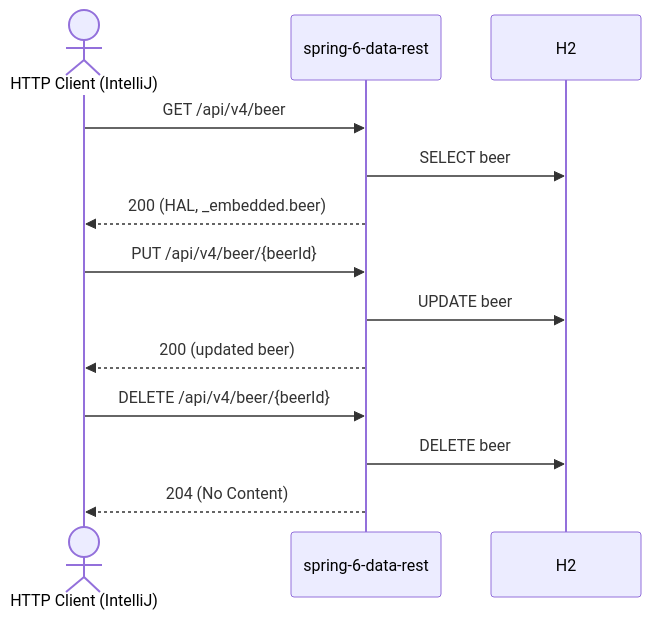
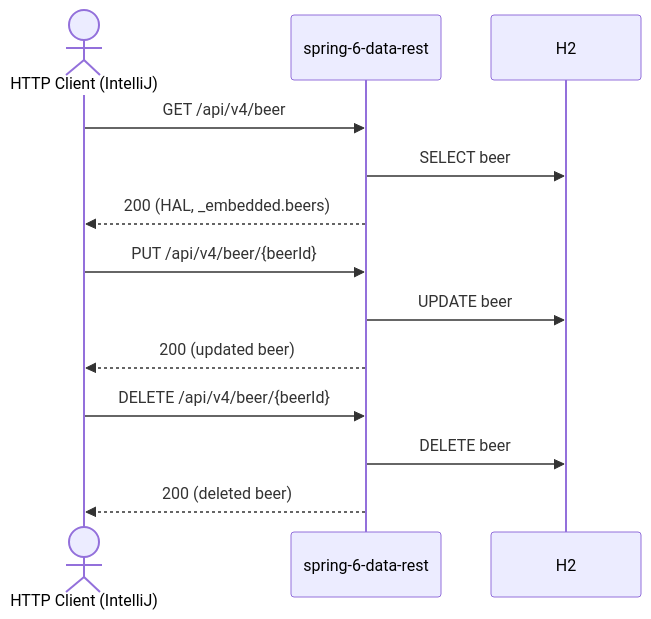
One commit to dboeckli/spring-6-data-rest changed the diagram in restRequest/beer-flow-list-update-delete/beer-flow-list-update-delete.md. Above: the diagram before and after it, drawn with Mermaid. The commit also changed other lines of this file and 34 other files, not shown here.

````diff
--- a/restRequest/beer-flow-list-update-delete/beer-flow-list-update-delete.md
+++ b/restRequest/beer-flow-list-update-delete/beer-flow-list-update-delete.md
@@ -11,18 +11,18 @@
 ```mermaid
 sequenceDiagram
     actor C as HTTP Client (IntelliJ)
     participant API as spring-6-data-rest
     participant DB as H2
 
     C->>API: GET /api/v4/beer
     API->>DB: SELECT beer
-    API-->>C: 200 (HAL, _embedded.beer)
+    API-->>C: 200 (HAL, _embedded.beers)
 
     C->>API: PUT /api/v4/beer/{beerId}
     API->>DB: UPDATE beer
     API-->>C: 200 (updated beer)
 
     C->>API: DELETE /api/v4/beer/{beerId}
     API->>DB: DELETE beer
-    API-->>C: 204 (No Content)
+    API-->>C: 200 (deleted beer)
 ```
````
